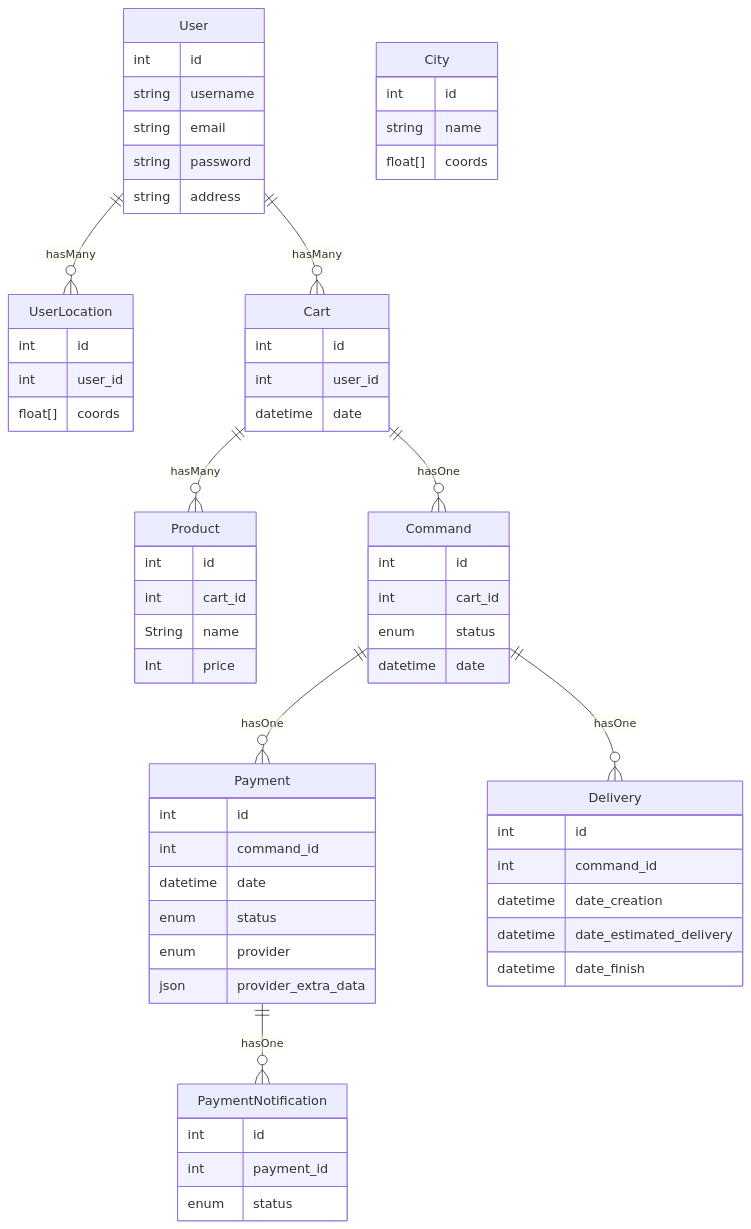
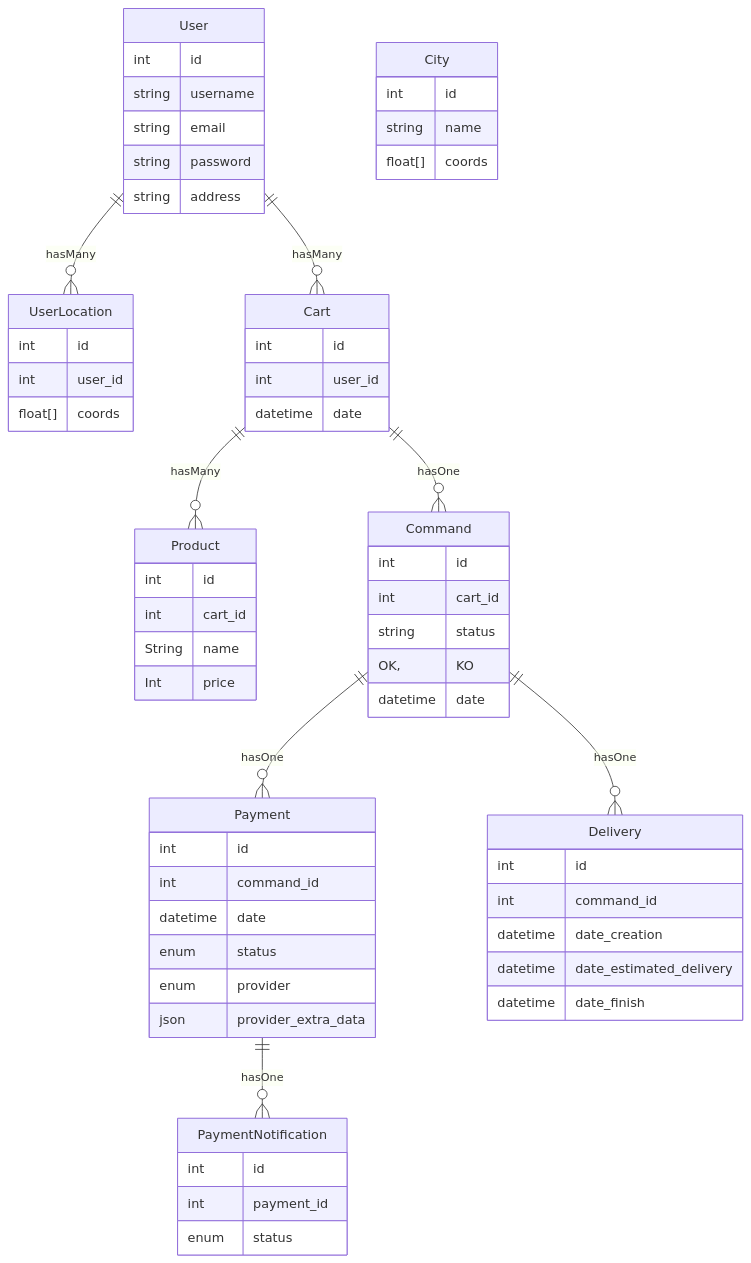
The first of 6 diagrams in readme.md (joussin/api_allopico_old), drawn with Mermaid before and after one commit.

````diff
--- a/readme.md
+++ b/readme.md
@@ -27,78 +27,78 @@
 ```mermaid  
 erDiagram
     User ||--o{ UserLocation : hasMany
     User ||--o{ Cart : hasMany
     
     Cart ||--o{ Product : hasMany
     Cart ||--o{ Command : hasOne
     
     Command ||--o{ Payment : hasOne
     Command ||--o{ Delivery : hasOne
     
     Payment ||--o{ PaymentNotification : hasOne
     
     City {
         int id
         string name
         float[] coords
     }
         
     UserLocation {
         int id
         int user_id
         float[] coords
     }
     
     User {
         int id
         string username
         string email
         string password
         string address
     }
     
     
     Product {
 		int id  
 		int cart_id  
 		String name  
 		Int price  
 	}
     
     Cart {
 	     int id
 	     int user_id
 	     datetime date
 	}
     
     Command {
 	     int id
 	     int cart_id  
-		 enum status 
+		 string status OK, KO
 		 datetime date
 	}
     
     Payment {
 	     int id
 	     int command_id  
 		 datetime date
 		 enum status  
 		 enum provider   
 		 json provider_extra_data
 	}
     
     PaymentNotification {
 	     int id
 	     int payment_id
 		 enum status  
 	}
 	    
     Delivery {
 	     int id
 	     int command_id  
 	     
 	     datetime date_creation
 	     datetime date_estimated_delivery
 	     datetime date_finish
 	}
 ```  
````
